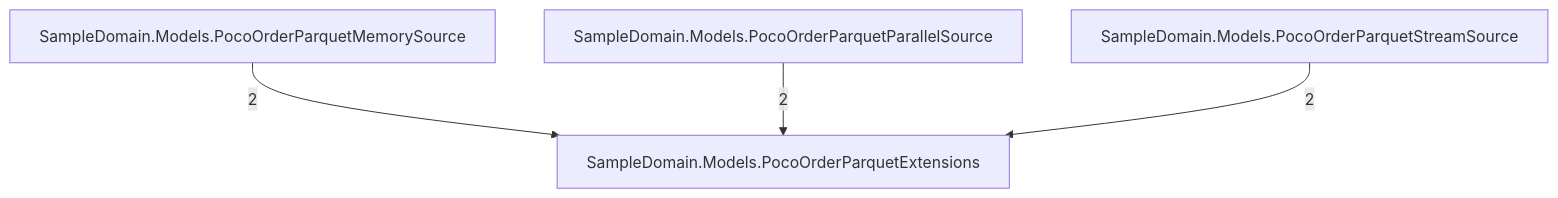
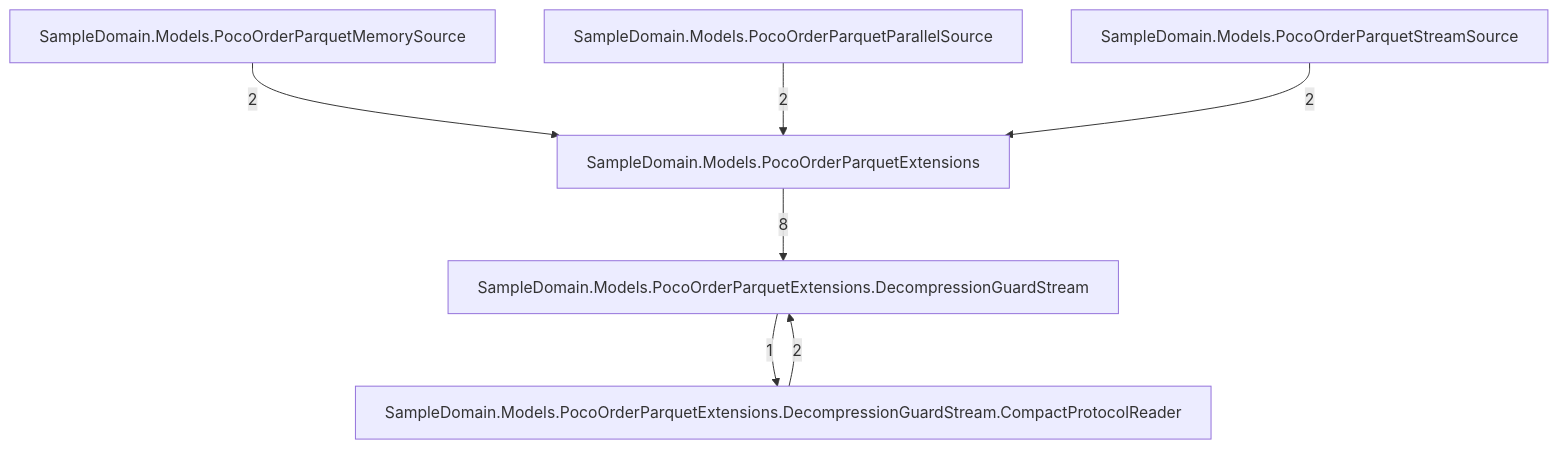
One commit to rtkelly13/Parquet.SourceGenerator changed the fifth of 7 diagrams in docs/callgraph-generated.md. Above: the diagram before and after it, drawn with Mermaid. The commit also changed other lines of this file and 32 other files, not shown here.

````diff
--- a/docs/callgraph-generated.md
+++ b/docs/callgraph-generated.md
@@ -60,10 +80,15 @@
 ```mermaid
 graph TD
     tsampledomainmodelspocoorderparquetextensions_046["SampleDomain.Models.PocoOrderParquetExtensions"]
+    tsampledomainmodelspocoorderparquetextensionsdecompressionguardstream_071["SampleDomain.Models.PocoOrderParquetExtensions.DecompressionGuardStream"]
+    tsampledomainmodelspocoorderparquetextensionsdecompressionguardstreamcompactprotocolreader_093["SampleDomain.Models.PocoOrderParquetExtensions.DecompressionGuardStream.CompactProtocolReader"]
     tsampledomainmodelspocoorderparquetmemorysource_048["SampleDomain.Models.PocoOrderParquetMemorySource"]
     tsampledomainmodelspocoorderparquetparallelsource_050["SampleDomain.Models.PocoOrderParquetParallelSource"]
     tsampledomainmodelspocoorderparquetstreamsource_048["SampleDomain.Models.PocoOrderParquetStreamSource"]
+    tsampledomainmodelspocoorderparquetextensionsdecompressionguardstreamcompactprotocolreader_093 -->|2| tsampledomainmodelspocoorderparquetextensionsdecompressionguardstream_071
+    tsampledomainmodelspocoorderparquetextensionsdecompressionguardstream_071 -->|1| tsampledomainmodelspocoorderparquetextensionsdecompressionguardstreamcompactprotocolreader_093
+    tsampledomainmodelspocoorderparquetextensions_046 -->|8| tsampledomainmodelspocoorderparquetextensionsdecompressionguardstream_071
     tsampledomainmodelspocoorderparquetmemorysource_048 -->|2| tsampledomainmodelspocoorderparquetextensions_046
     tsampledomainmodelspocoorderparquetparallelsource_050 -->|2| tsampledomainmodelspocoorderparquetextensions_046
     tsampledomainmodelspocoorderparquetstreamsource_048 -->|2| tsampledomainmodelspocoorderparquetextensions_046
 ```
````
